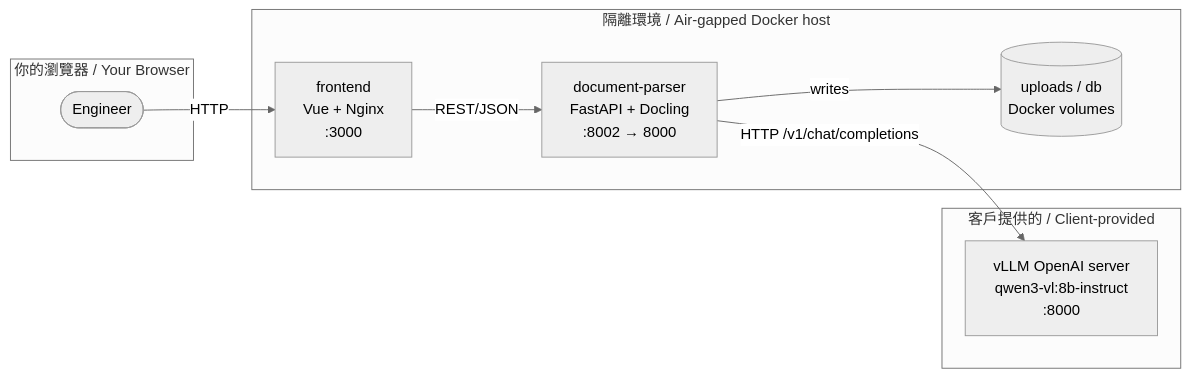
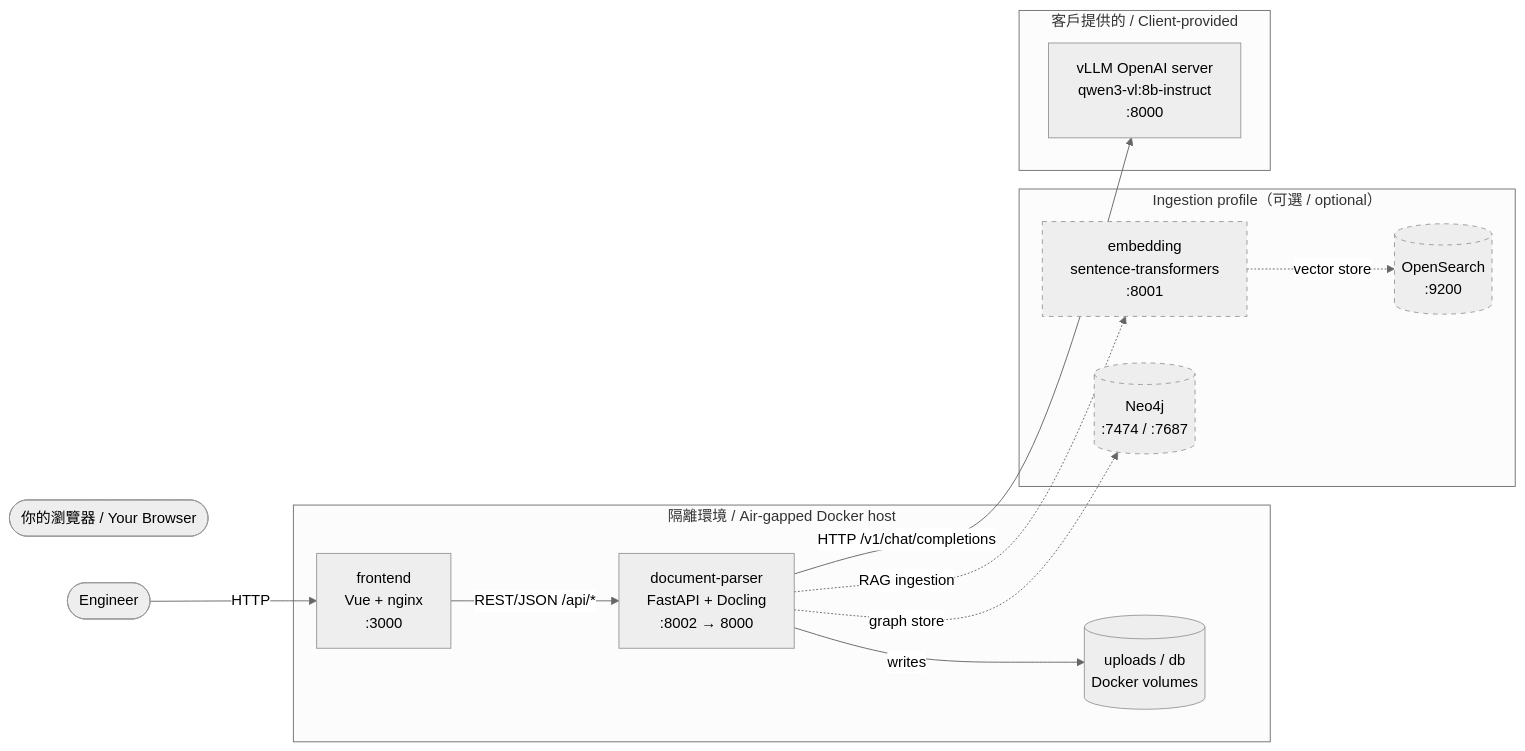
Before and after one commit to silwaltz/docling-Studio: the first of 2 diagrams in docs/user-guide/airgap-deployment-guide.md, drawn with Mermaid. The commit also changed other lines of this file and 1 other file, not shown here.

````diff
--- a/docs/user-guide/airgap-deployment-guide.md
+++ b/docs/user-guide/airgap-deployment-guide.md
@@ -55,25 +76,37 @@
 ```mermaid
 ---
 config:
   theme: neutral
 ---
 flowchart LR
-    subgraph Browser["你的瀏覽器 / Your Browser"]
-        U([Engineer])
+    Browser(["你的瀏覽器 / Your Browser"])
+    Engineer(["Engineer"])
+
+    subgraph AirGap["隔離環境 / Air-gapped Docker host"]
+        FE["frontend<br/>Vue + nginx<br/>:3000"]
+        BE["document-parser<br/>FastAPI + Docling<br/>:8002 → 8000"]
+        VOL[("uploads / db<br/>Docker volumes")]
     end
 
-    subgraph AirGap["隔離環境 / Air-gapped Docker host"]
-        FE["frontend<br/>Vue + Nginx<br/>:3000"]
-        BE["document-parser<br/>FastAPI + Docling<br/>:8002 → 8000"]
-        VOL[("uploads / db<br/>Docker volumes")]
+    subgraph Ingestion["Ingestion profile（可選 / optional）"]
+        EMB["embedding<br/>sentence-transformers<br/>:8001"]
+        OS[("OpenSearch<br/>:9200")]
+        NEO[("Neo4j<br/>:7474 / :7687")]
     end
 
     subgraph ClientInfra["客戶提供的 / Client-provided"]
         VLLM["vLLM OpenAI server<br/>qwen3-vl:8b-instruct<br/>:8000"]
     end
 
-    U -->|HTTP| FE
-    FE -->|REST/JSON| BE
+    Engineer -->|HTTP| FE
+    FE -->|REST/JSON /api/*| BE
     BE -->|writes| VOL
     BE -->|HTTP /v1/chat/completions| VLLM
+
+    BE -.->|RAG ingestion| EMB
+    EMB -.->|vector store| OS
+    BE -.->|graph store| NEO
+
+    classDef optional stroke-dasharray: 5 5
+    class EMB,OS,NEO optional
 ```
````
